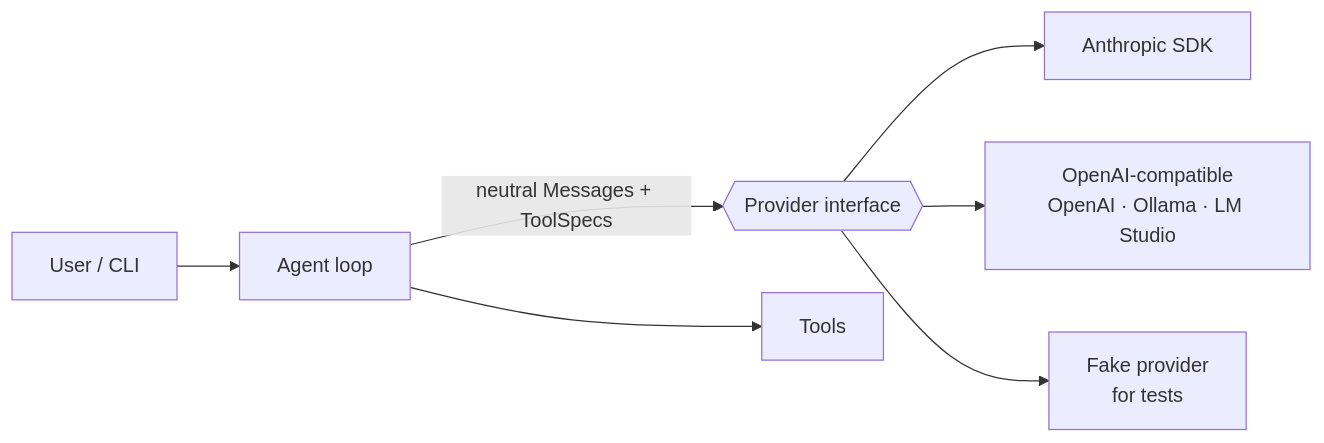
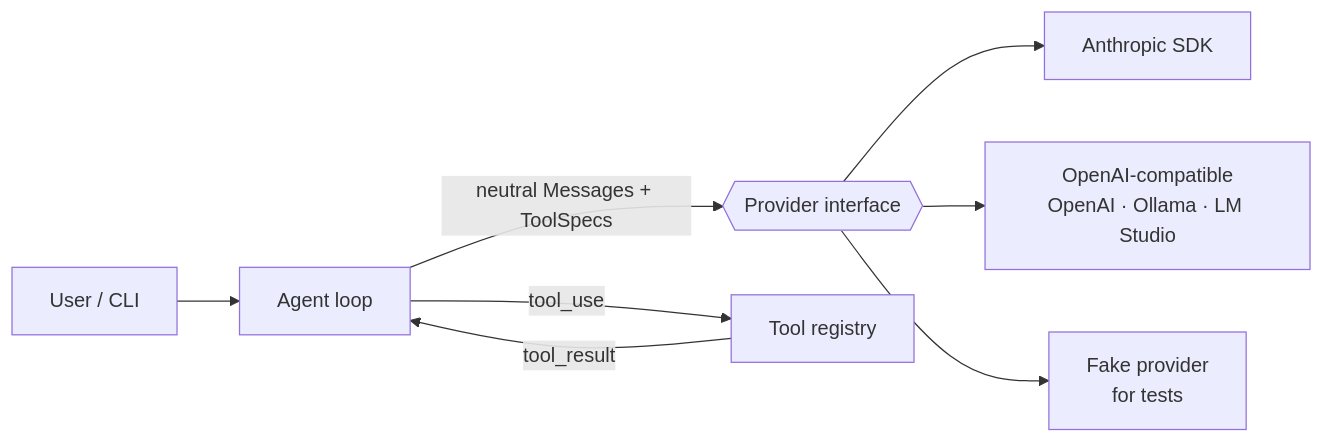
One commit to matheusdeuss/matchuco_harness changed the diagram in README.md. Above: the diagram before and after it, drawn with Mermaid. The commit also changed other lines of this file and 11 other files, not shown here.

````diff
--- a/README.md
+++ b/README.md
@@ -29,9 +29,10 @@
 ```mermaid
 flowchart LR
     U[User / CLI] --> L[Agent loop]
     L -->|neutral Messages + ToolSpecs| P{{Provider interface}}
     P --> A[Anthropic SDK]
     P --> O[OpenAI-compatible<br/>OpenAI · Ollama · LM Studio]
     P --> F[Fake provider<br/>for tests]
-    L --> T[Tools]
+    L -->|tool_use| T[Tool registry]
+    T -->|tool_result| L
 ```
````
